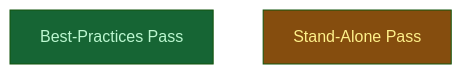
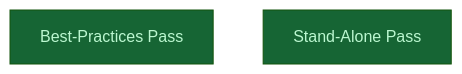
Before and after one commit to CrackingShells/cracking-shells-playbook: the diagram in __roadmap__/writing-release-rework/author/refine/README.md, drawn with Mermaid (forest theme). The commit also changed other lines of this file and 7 other files, not shown here.

````diff
--- a/__roadmap__/writing-release-rework/author/refine/README.md
+++ b/__roadmap__/writing-release-rework/author/refine/README.md
@@ -21,10 +21,10 @@
 ```mermaid
 graph TD
     best_practices[Best-Practices Pass]:::done
-    standalone[Stand-Alone Pass]:::inprogress
+    standalone[Stand-Alone Pass]:::done
     classDef done       fill:#166534,color:#bbf7d0
     classDef inprogress fill:#854d0e,color:#fef08a
     classDef planned    fill:#374151,color:#e5e7eb
     classDef amendment  fill:#1e3a5f,color:#bfdbfe
     classDef blocked    fill:#7f1d1d,color:#fecaca
 ```
````
